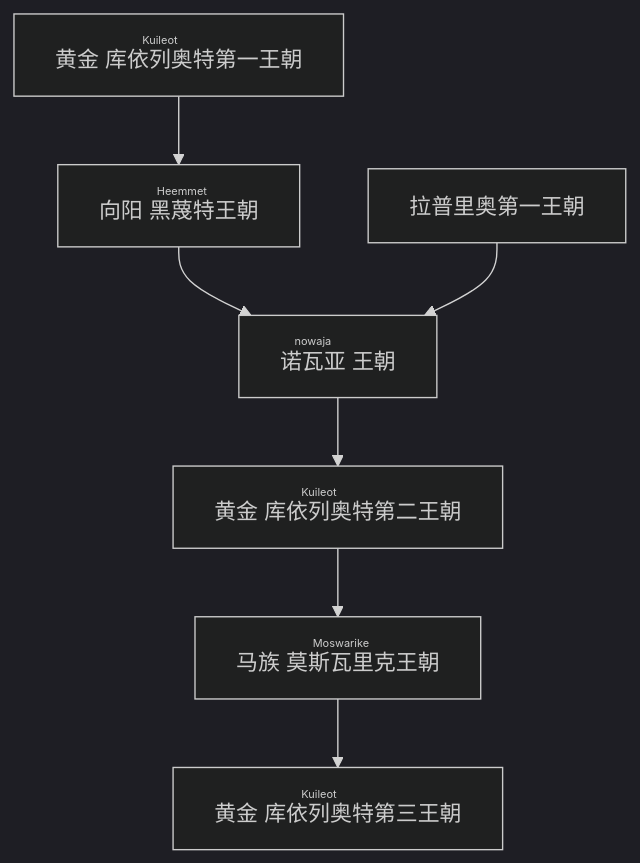
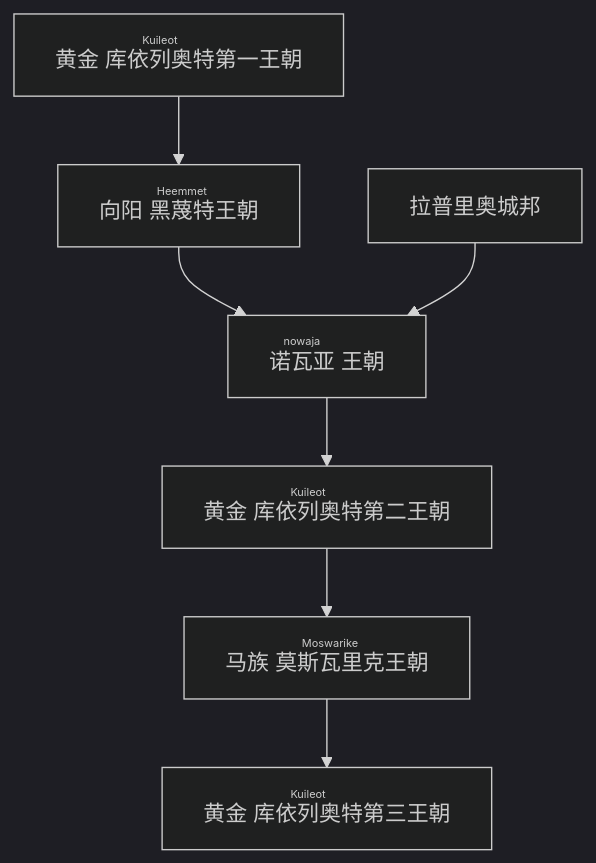
One commit to PhychiasLokDansk/Laaerad changed the diagram in docs/拉埃拉德/图斯克/图斯克.md. Above: the diagram before and after it, drawn with Mermaid (dark theme). The commit also changed other lines of this file, not shown here.

````diff
--- a/docs/拉埃拉德/图斯克/图斯克.md
+++ b/docs/拉埃拉德/图斯克/图斯克.md
@@ -39,5 +40,5 @@
 ```mermaid 
 graph TD
 A[黄金 <ruby>库依列奥特<rt>Kuileot</rt></ruby>第一王朝] --> B[向阳 <ruby>黑蔑特<rt>Heemmet</rt></ruby>王朝] --> C[<ruby>诺瓦亚<rt>nowaja</rt> </ruby>王朝] --> D[黄金 <ruby>库依列奥特<rt>Kuileot</rt></ruby>第二王朝] --> F[马族 <ruby>莫斯瓦里克<rt>Moswarike</rt></ruby>王朝] --> G[黄金 <ruby>库依列奥特<rt>Kuileot</rt></ruby>第三王朝]
-E[拉普里奥第一王朝] --> C
+E[拉普里奥城邦] --> C
 ```
````
